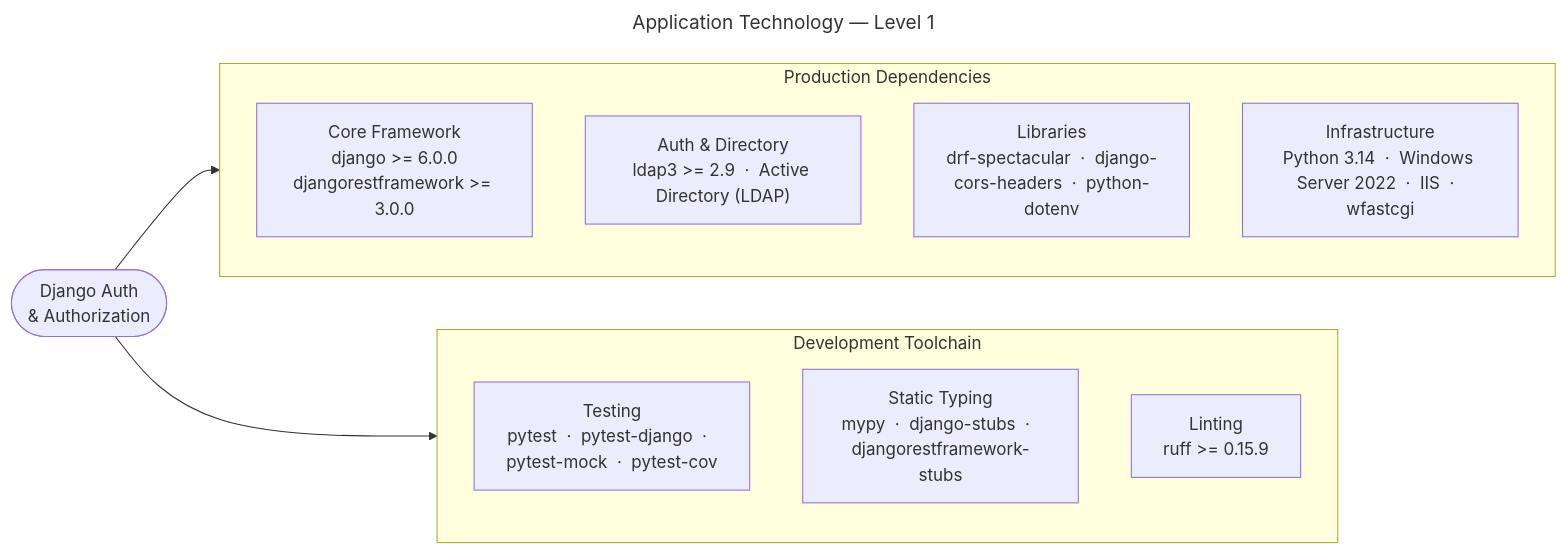
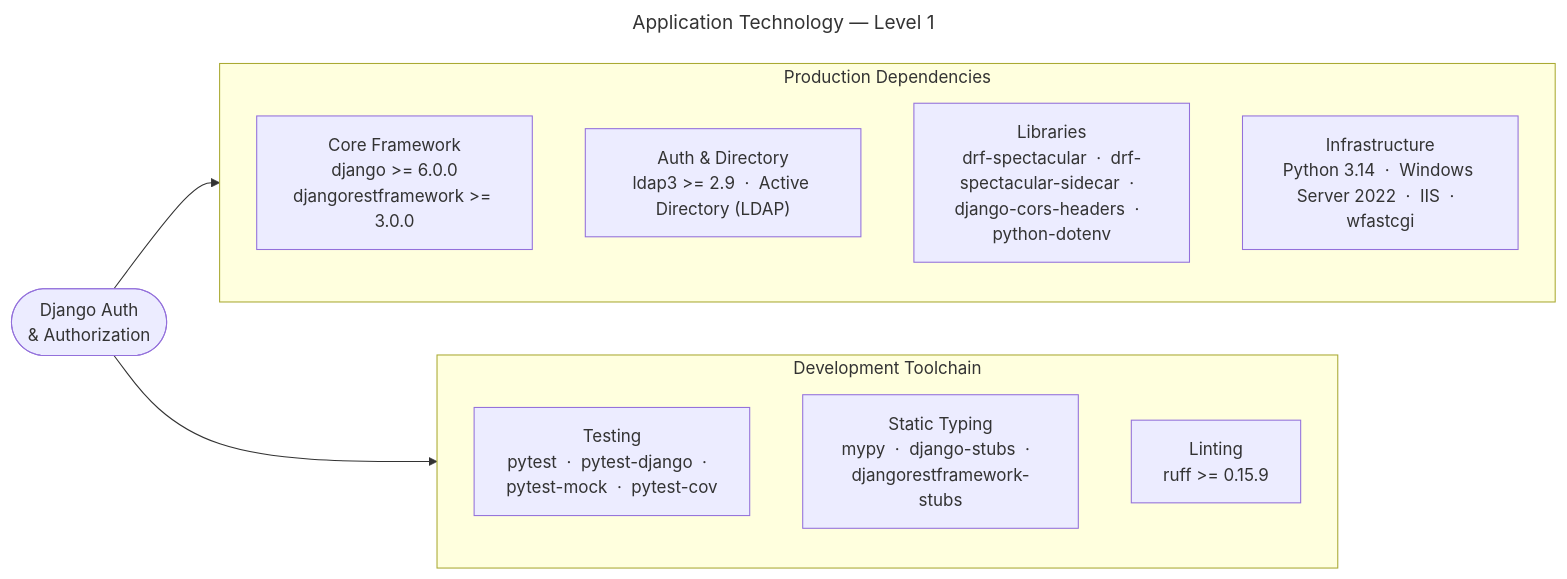
Before and after one commit to LewisCM14/django_auth: the fourth of 11 diagrams in docs/spec.md, drawn with Mermaid. The commit also changed other lines of this file and 5 other files, not shown here.

Commit message:
use drf spec sidecar

````diff
--- a/docs/spec.md
+++ b/docs/spec.md
@@ -149,32 +149,32 @@
 ```mermaid
 ---
 title: Application Technology — Level 1
 ---
 flowchart LR
     APP(["`Django Auth
 &amp; Authorization`"])
 
     subgraph Production["`Production Dependencies`"]
         CORE_L1["`Core Framework
 django >= 6.0.0
 djangorestframework >= 3.0.0`"]
         AUTH_L1["`Auth &amp; Directory
 ldap3 >= 2.9  ·  Active Directory (LDAP)`"]
         LIBS_L1["`Libraries
-drf-spectacular  ·  django-cors-headers  ·  python-dotenv`"]
+drf-spectacular  ·  drf-spectacular-sidecar  ·  django-cors-headers  ·  python-dotenv`"]
         INFRA_L1["`Infrastructure
 Python 3.14  ·  Windows Server 2022  ·  IIS  ·  wfastcgi`"]
     end
 
     subgraph DevToolchain["`Development Toolchain`"]
         TEST_L1["`Testing
 pytest  ·  pytest-django  ·  pytest-mock  ·  pytest-cov`"]
         TYPES_L1["`Static Typing
 mypy  ·  django-stubs  ·  djangorestframework-stubs`"]
         LINT_L1["`Linting
 ruff >= 0.15.9`"]
     end
 
     APP --> Production
     APP --> DevToolchain
 ```
````
